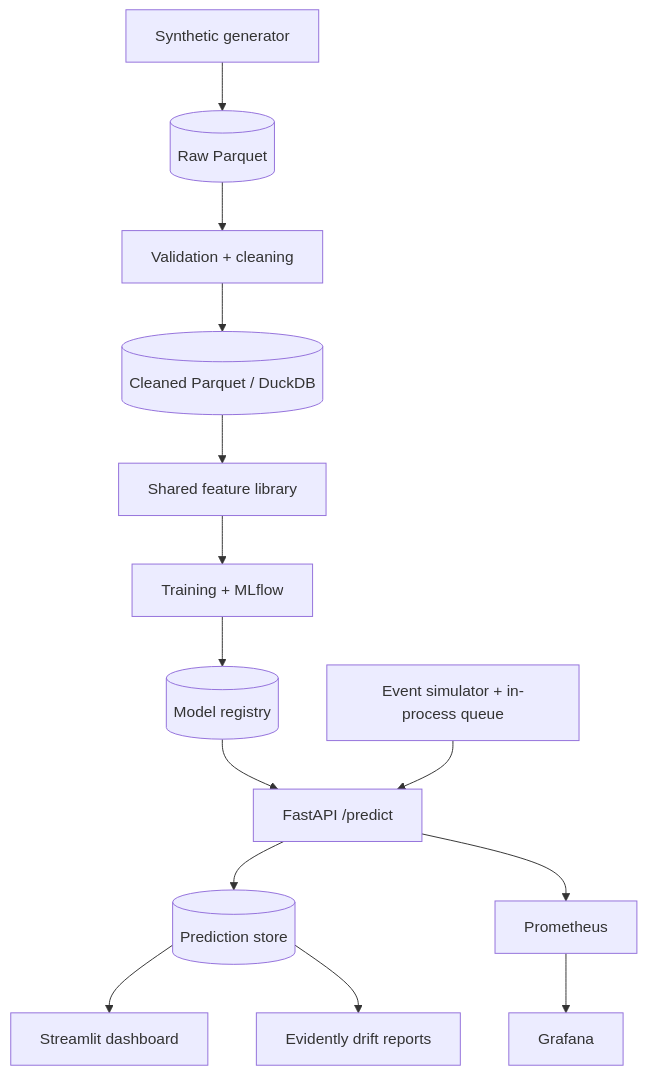
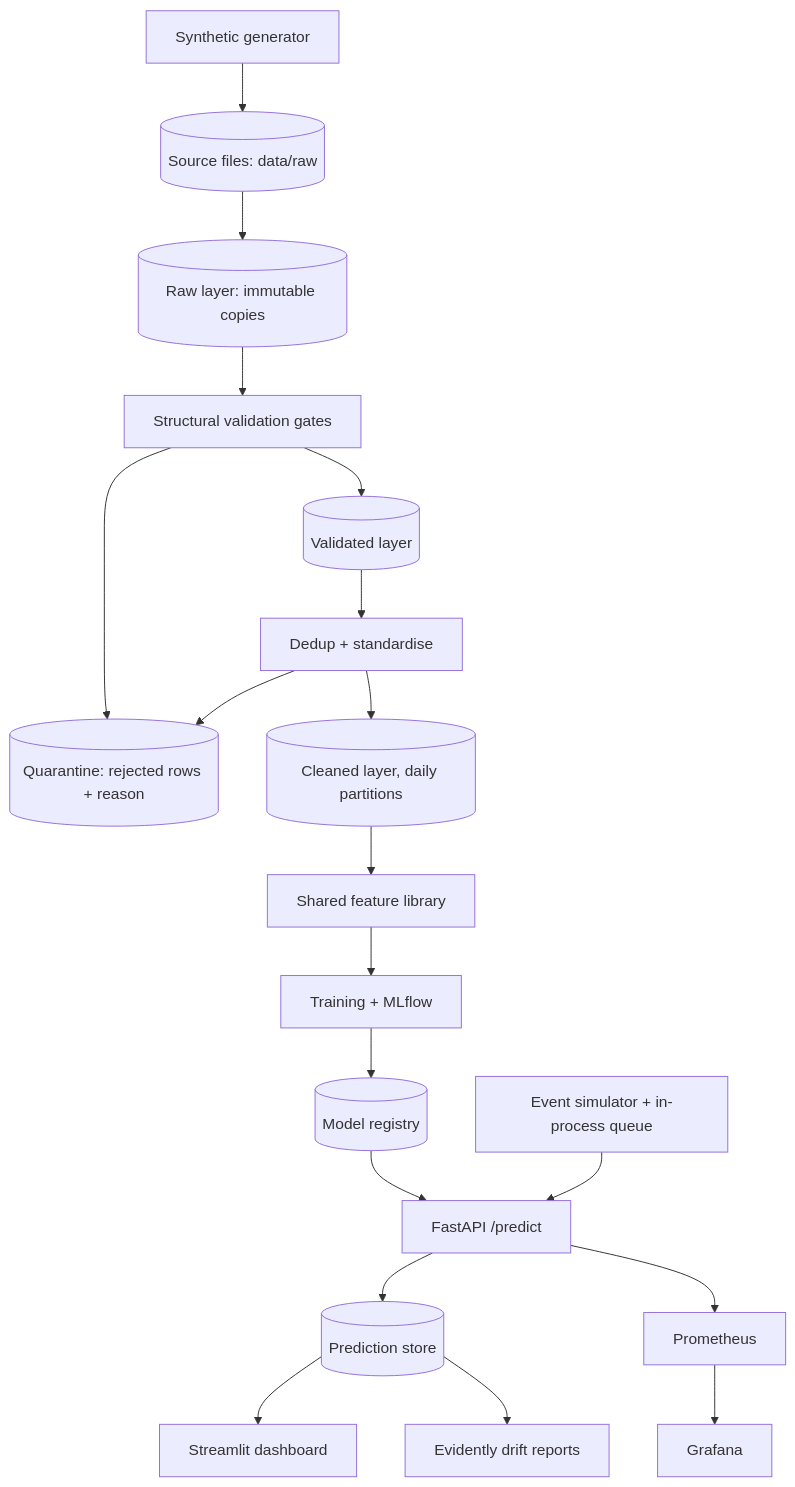
The diagram in docs/architecture.md (Chendy1/mobile-money-fraud-detection-platform), drawn with Mermaid before and after one commit. The commit also changed other lines of this file and 8 other files, not shown here.

Commit message:
docs: add ADR-008, troubleshooting guide and update architecture and data dictionary

````diff
--- a/docs/architecture.md
+++ b/docs/architecture.md
@@ -7,15 +7,20 @@
 ```mermaid
 flowchart TB
-  G[Synthetic generator] --> R[(Raw Parquet)]
-  R --> V[Validation + cleaning]
-  V --> C[(Cleaned Parquet / DuckDB)]
+  G[Synthetic generator] --> L[(Source files: data/raw)]
+  L --> RW[(Raw layer: immutable copies)]
+  RW --> V[Structural validation gates]
+  V --> Q[(Quarantine: rejected rows + reason)]
+  V --> VL[(Validated layer)]
+  VL --> DD[Dedup + standardise]
+  DD --> Q
+  DD --> C[(Cleaned layer, daily partitions)]
   C --> F[Shared feature library]
   F --> T[Training + MLflow]
   T --> M[(Model registry)]
   M --> A[FastAPI /predict]
   S[Event simulator + in-process queue] --> A
   A --> P[(Prediction store)]
   P --> D[Streamlit dashboard]
   A --> PR[Prometheus] --> GR[Grafana]
   P --> E[Evidently drift reports]
 ```
````
